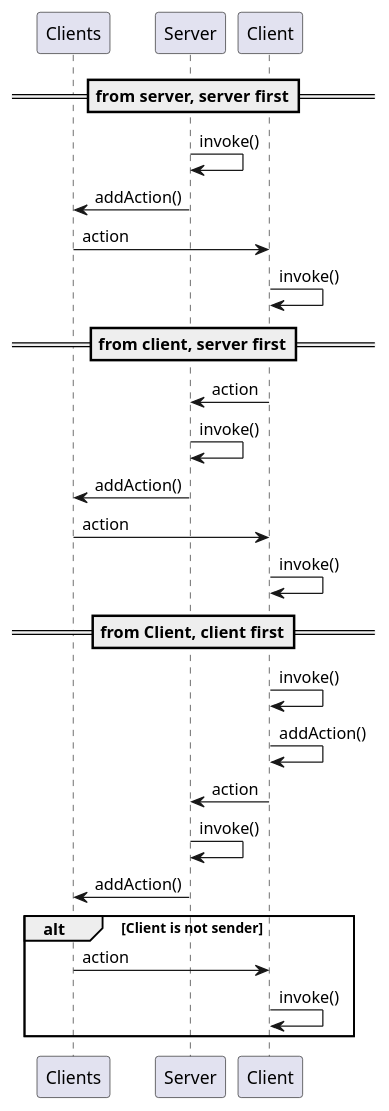
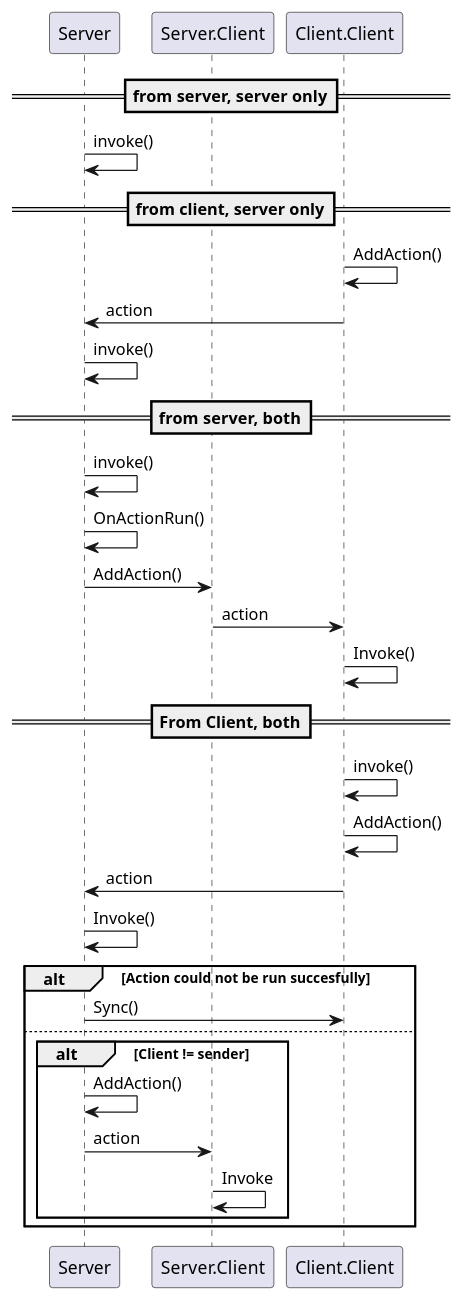
One commit to Ev31cktech/InscriptionMP changed the diagram in Documents/Diagrams/action sequance.adoc. Above: the diagram before and after it, drawn with PlantUML. The commit also changed 18 other files, not shown here.

Commit message:
hopefully final fix for client server side issues.

```diff
--- a/Documents/Diagrams/action sequance.adoc
+++ b/Documents/Diagrams/action sequance.adoc
@@ -1,31 +1,38 @@
 [plantuml, sequance-diagram, svg]
 ----
 @startuml
 
-Participant Clients
 Participant Server
-Participant Client
-==from server, server first==
+Participant Server.Client as Clients
+Participant Client.Client as Client
+
+==from server, server only==
 Server -> Server : invoke()
-Server -> Clients : addAction()
-Clients -> Client : action
-Client -> Client : invoke()
-==from client, server first==
+==from client, server only==
+Client -> Client : AddAction()
 Client -> Server : action
 Server -> Server : invoke()
-Server -> Clients : addAction()
+==from server, both==
+Server -> Server : invoke()
+Server -> Server : OnActionRun()
+Server -> Clients : AddAction()
 Clients -> Client : action
+Client -> Client : Invoke()
+==From Client, both==
 Client -> Client : invoke()
+Client -> Client : AddAction()
+Client -> Server : action
+Server -> Server : Invoke()
+alt Action could not be run succesfully
+	Server -> Client : Sync()
+else
+	alt Client != sender
+	Server -> Server : AddAction()
+		Server -> Clients : action
+		Clients -> Clients : Invoke 
+	end
+end
 
-==from Client, client first==
-Client -> Client : invoke()
-Client -> Client : addAction()
-Client -> Server : action
-Server -> Server : invoke()
-Server -> Clients : addAction()
-alt Client is not sender
-	Clients -> Client : action
-	Client -> Client : invoke()
-end
+
 @endumnl
 ----
```
